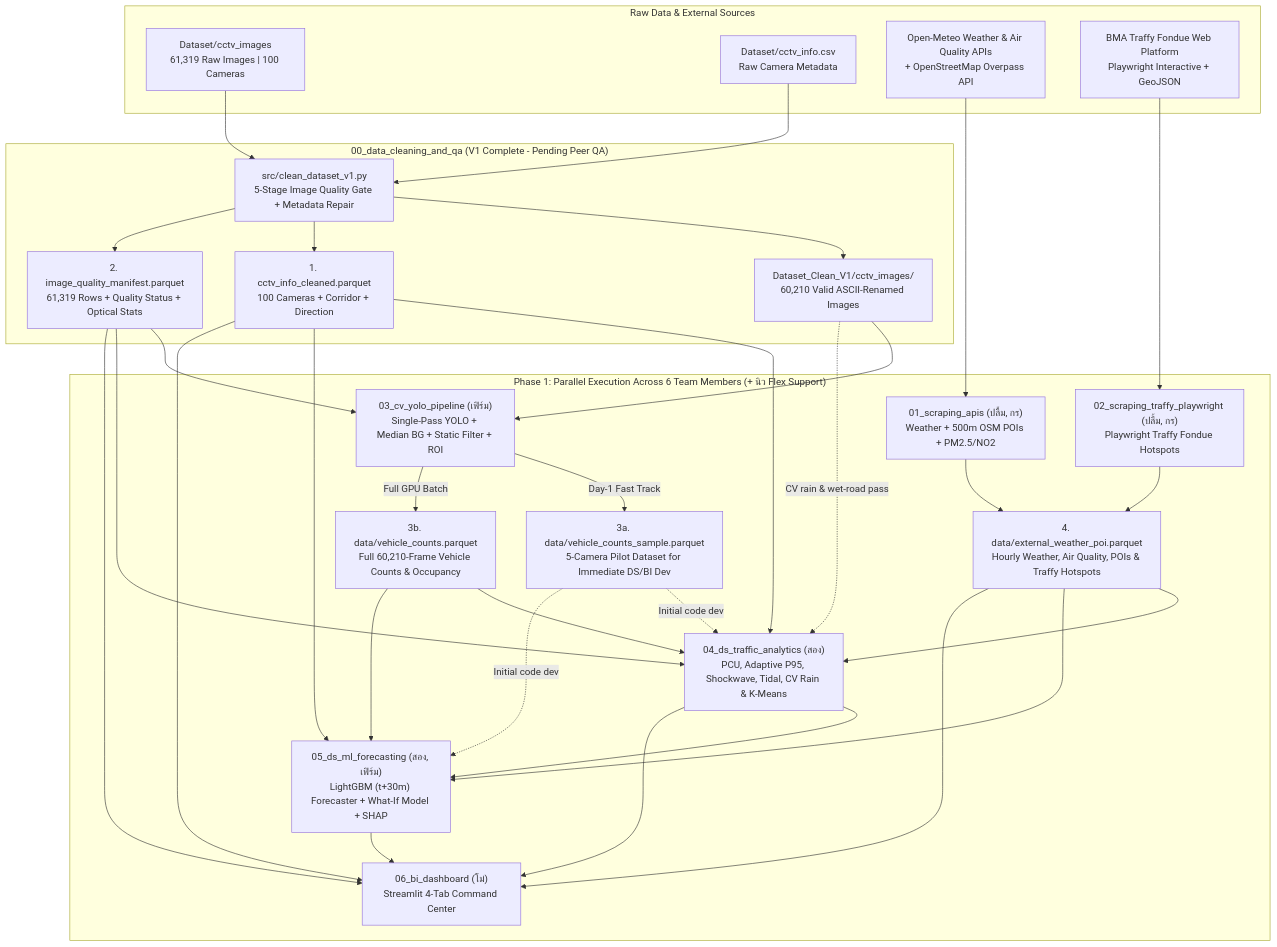
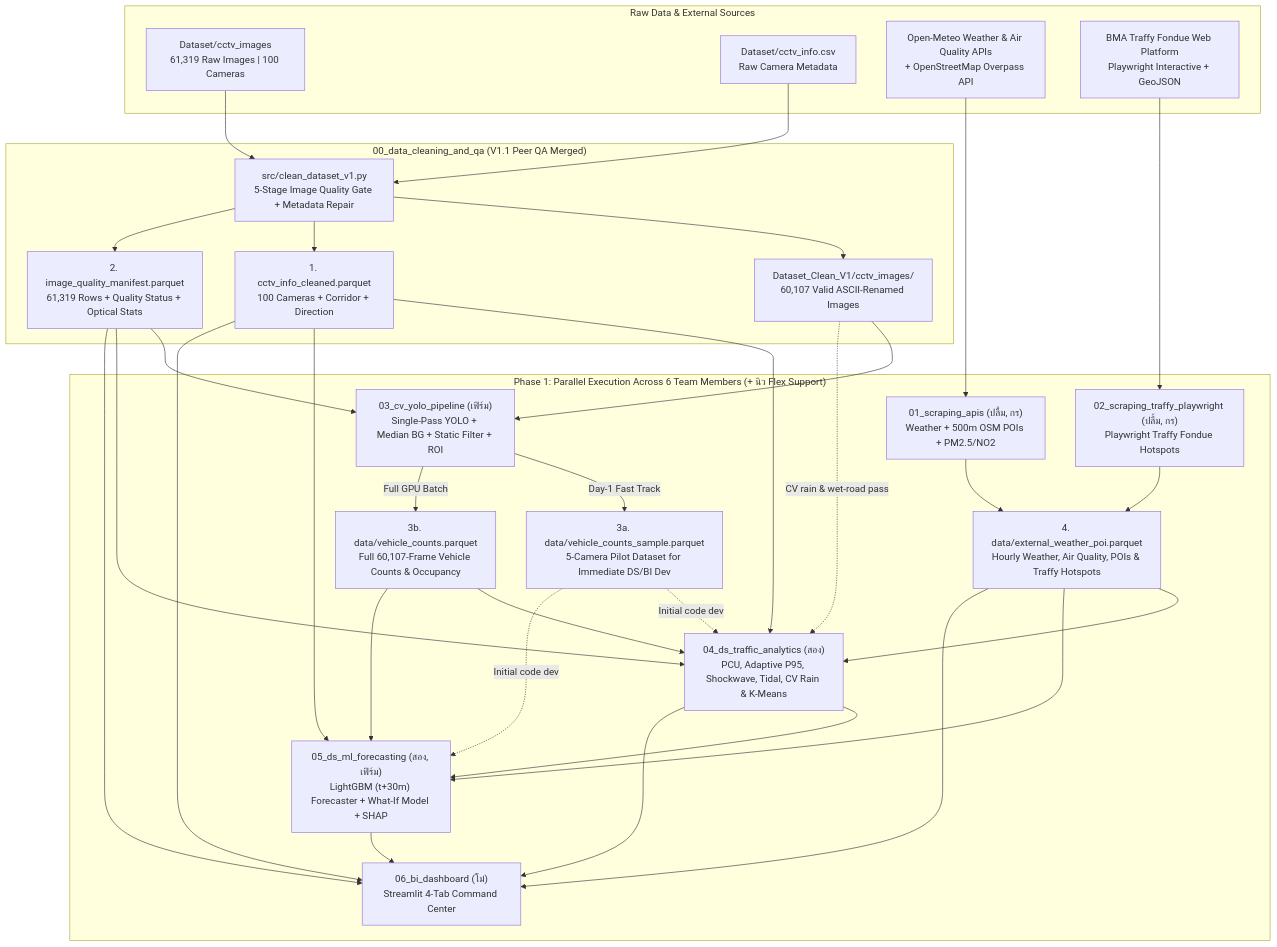
One commit to nontaphatfirm/BKK-Pulse changed the diagram in GOAL.md. Above: the diagram before and after it, drawn with Mermaid. The commit also changed other lines of this file and 16 other files, not shown here.

````diff
--- a/GOAL.md
+++ b/GOAL.md
@@ -34,65 +34,65 @@
 ```mermaid
 flowchart TD
     subgraph RawSources["Raw Data & External Sources"]
         RAW_IMG["Dataset/cctv_images<br/>61,319 Raw Images | 100 Cameras"]
         RAW_META["Dataset/cctv_info.csv<br/>Raw Camera Metadata"]
         EXT_API["Open-Meteo Weather & Air Quality APIs<br/>+ OpenStreetMap Overpass API"]
         EXT_WEB["BMA Traffy Fondue Web Platform<br/>Playwright Interactive + GeoJSON"]
     end
 
-    subgraph Task00["00_data_cleaning_and_qa (V1 Complete - Pending Peer QA)"]
+    subgraph Task00["00_data_cleaning_and_qa (V1.1 Peer QA Merged)"]
         CLEAN_SCRIPT["src/clean_dataset_v1.py<br/>5-Stage Image Quality Gate + Metadata Repair"]
-        CLEAN_IMG["Dataset_Clean_V1/cctv_images/<br/>60,210 Valid ASCII-Renamed Images"]
+        CLEAN_IMG["Dataset_Clean_V1/cctv_images/<br/>60,107 Valid ASCII-Renamed Images"]
         TBL_META["1. cctv_info_cleaned.parquet<br/>100 Cameras + Corridor + Direction"]
         TBL_MAN["2. image_quality_manifest.parquet<br/>61,319 Rows + Quality Status + Optical Stats"]
     end
 
     subgraph ParallelTracks["Phase 1: Parallel Execution Across 6 Team Members (+ นิว Flex Support)"]
         T01["01_scraping_apis (ปลื้ม, กร)<br/>Weather + 500m OSM POIs + PM2.5/NO2"]
         T02["02_scraping_traffy_playwright (ปลื้ม, กร)<br/>Playwright Traffy Fondue Hotspots"]
         T03["03_cv_yolo_pipeline (เฟิร์ม)<br/>Single-Pass YOLO + Median BG + Static Filter + ROI"]
 
         TBL_EXT["4. data/external_weather_poi.parquet<br/>Hourly Weather, Air Quality, POIs & Traffy Hotspots"]
         TBL_SAMPLE["3a. data/vehicle_counts_sample.parquet<br/>5-Camera Pilot Dataset for Immediate DS/BI Dev"]
-        TBL_VEH["3b. data/vehicle_counts.parquet<br/>Full 60,210-Frame Vehicle Counts & Occupancy"]
+        TBL_VEH["3b. data/vehicle_counts.parquet<br/>Full 60,107-Frame Vehicle Counts & Occupancy"]
 
         T04["04_ds_traffic_analytics (สอง)<br/>PCU, Adaptive P95, Shockwave, Tidal, CV Rain & K-Means"]
         T05["05_ds_ml_forecasting (สอง, เฟิร์ม)<br/>LightGBM (t+30m) Forecaster + What-If Model + SHAP"]
         T06["06_bi_dashboard (โม่)<br/>Streamlit 4-Tab Command Center"]
     end
 
     RAW_IMG --> CLEAN_SCRIPT
     RAW_META --> CLEAN_SCRIPT
     CLEAN_SCRIPT --> CLEAN_IMG
     CLEAN_SCRIPT --> TBL_META
     CLEAN_SCRIPT --> TBL_MAN
 
     EXT_API --> T01
     EXT_WEB --> T02
     T01 --> TBL_EXT
     T02 --> TBL_EXT
 
     CLEAN_IMG --> T03
     TBL_MAN --> T03
     T03 -->|"Day-1 Fast Track"| TBL_SAMPLE
     T03 -->|"Full GPU Batch"| TBL_VEH
 
     CLEAN_IMG -.->|"CV rain & wet-road pass"| T04
     TBL_META --> T04
     TBL_MAN --> T04
     TBL_EXT --> T04
     TBL_SAMPLE -.->|"Initial code dev"| T04
     TBL_VEH --> T04
 
     TBL_META --> T05
     TBL_EXT --> T05
     TBL_SAMPLE -.->|"Initial code dev"| T05
     TBL_VEH --> T05
     T04 --> T05
 
     TBL_META --> T06
     TBL_MAN --> T06
     TBL_EXT --> T06
     T04 --> T06
     T05 --> T06
 ```
````
